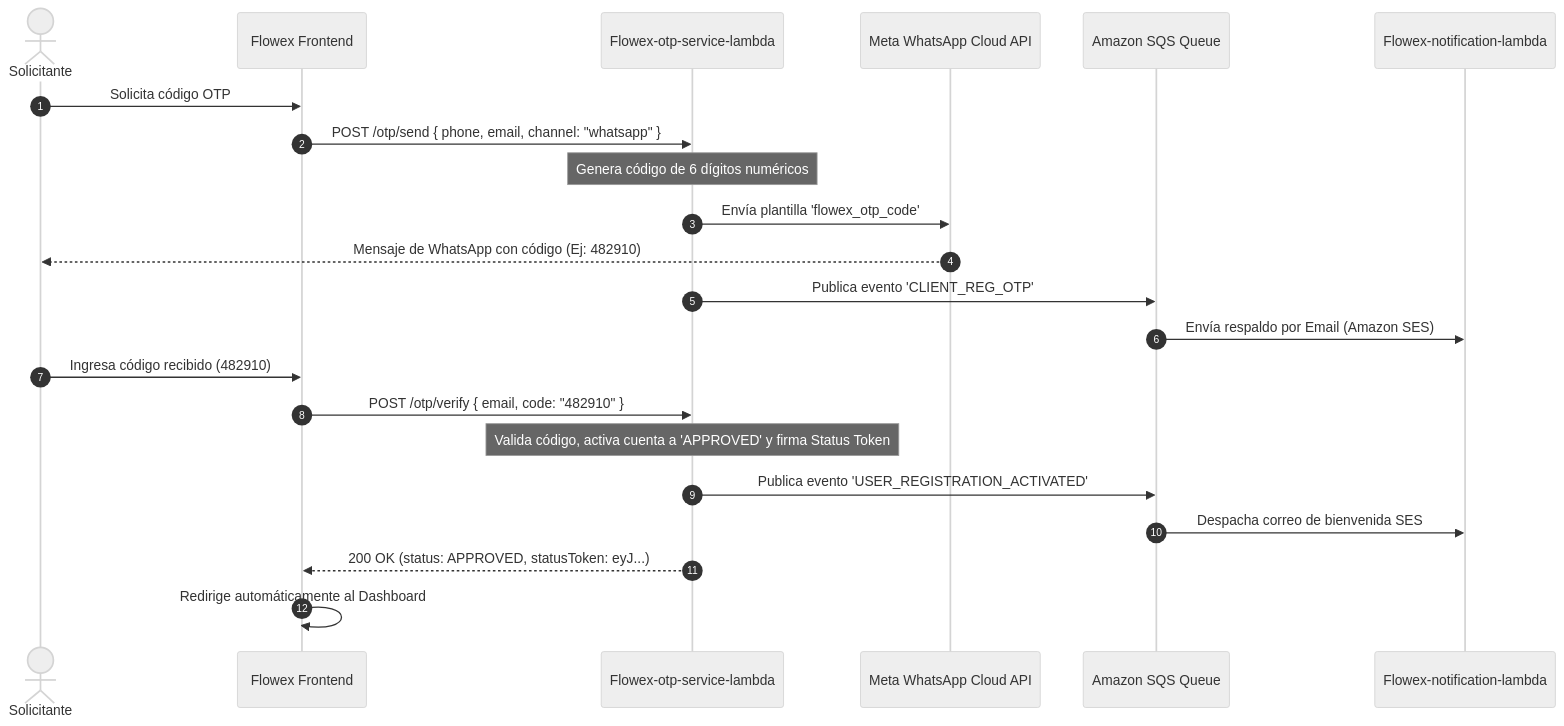
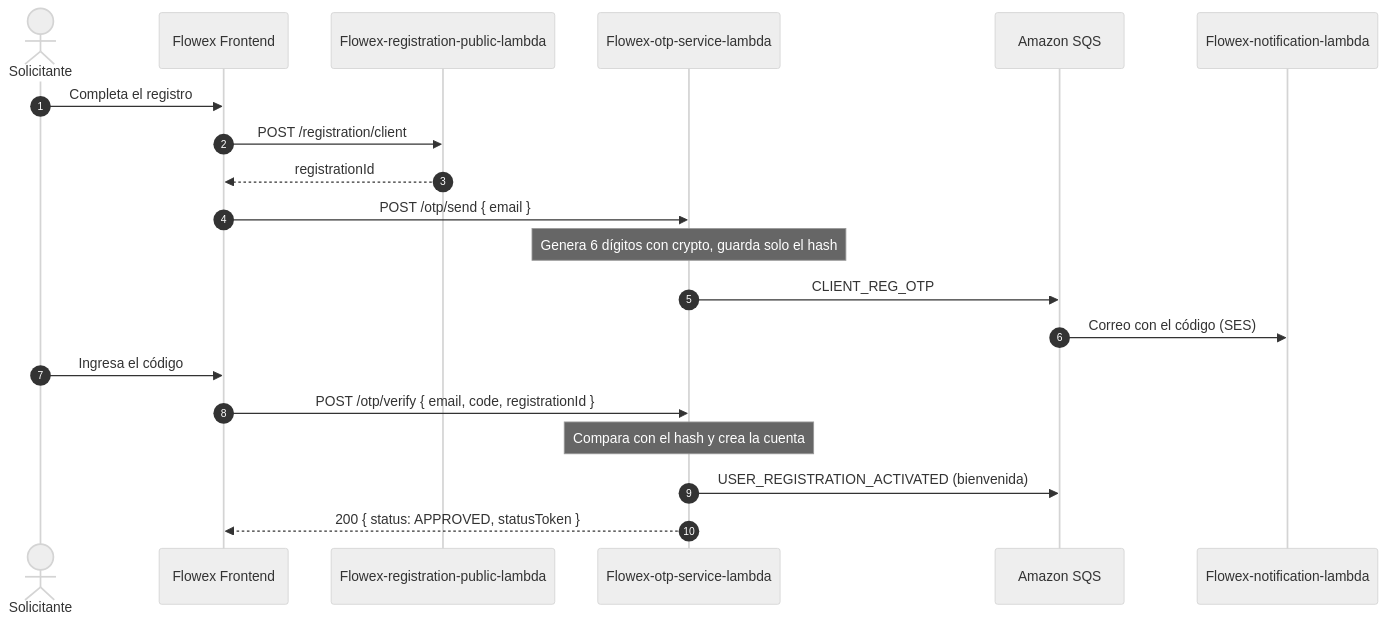
Before and after one commit to start-level-cl/Flowex-api-docs: the diagram in docs-src/otp-whatsapp.md, drawn with Mermaid (neutral theme). The commit also changed other lines of this file and 76 other files, not shown here.

````diff
--- a/docs-src/otp-whatsapp.md
+++ b/docs-src/otp-whatsapp.md
@@ -33,26 +19,23 @@
 ```mermaid
 sequenceDiagram
     autonumber
     actor Usuario as Solicitante
     participant Frontend as Flowex Frontend
+    participant Registro as Flowex-registration-public-lambda
     participant OTPService as Flowex-otp-service-lambda
-    participant MetaWA as Meta WhatsApp Cloud API
-    participant SQS as Amazon SQS Queue
+    participant SQS as Amazon SQS
     participant NotifWorker as Flowex-notification-lambda
 
-    Usuario->>Frontend: Solicita código OTP
-    Frontend->>OTPService: POST /otp/send { phone, email, channel: "whatsapp" }
-    Note over OTPService: Genera código de 6 dígitos numéricos
-    OTPService->>MetaWA: Envía plantilla 'flowex_otp_code'
-    MetaWA-->>Usuario: Mensaje de WhatsApp con código (Ej: 482910)
-    OTPService->>SQS: Publica evento 'CLIENT_REG_OTP'
-    SQS->>NotifWorker: Envía respaldo por Email (Amazon SES)
-
-    Usuario->>Frontend: Ingresa código recibido (482910)
-    Frontend->>OTPService: POST /otp/verify { email, code: "482910" }
-    Note over OTPService: Valida código, activa cuenta a 'APPROVED' y firma Status Token
-    OTPService->>SQS: Publica evento 'USER_REGISTRATION_ACTIVATED'
-    SQS->>NotifWorker: Despacha correo de bienvenida SES
-    OTPService-->>Frontend: 200 OK (status: APPROVED, statusToken: eyJ...)
-    Frontend->>Frontend: Redirige automáticamente al Dashboard
+    Usuario->>Frontend: Completa el registro
+    Frontend->>Registro: POST /registration/client
+    Registro-->>Frontend: registrationId
+    Frontend->>OTPService: POST /otp/send { email }
+    Note over OTPService: Genera 6 dígitos con crypto, guarda solo el hash
+    OTPService->>SQS: CLIENT_REG_OTP
+    SQS->>NotifWorker: Correo con el código (SES)
+    Usuario->>Frontend: Ingresa el código
+    Frontend->>OTPService: POST /otp/verify { email, code, registrationId }
+    Note over OTPService: Compara con el hash y crea la cuenta
+    OTPService->>SQS: USER_REGISTRATION_ACTIVATED (bienvenida)
+    OTPService-->>Frontend: 200 { status: APPROVED, statusToken }
 ```
````
